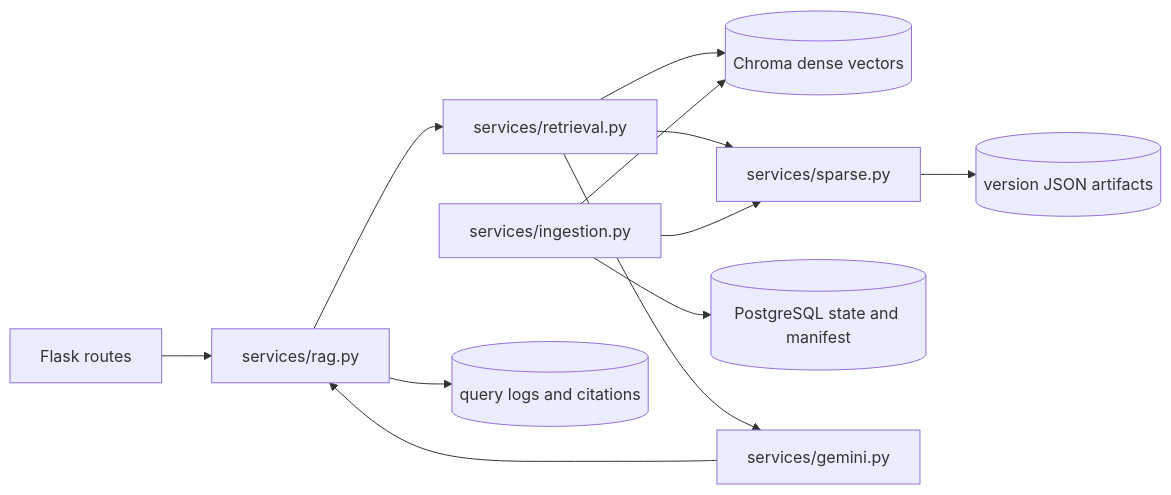
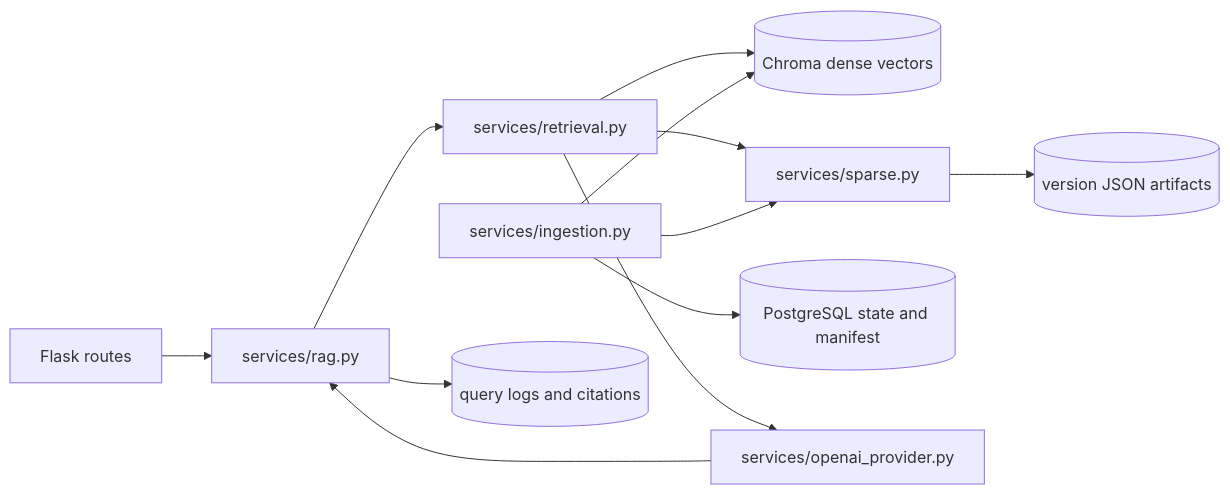
One commit to Dorjnyam/rag_chatbot_try changed the first of 15 diagrams in documentation/08-advanced-rag-implementation.md. Above: the diagram before and after it, drawn with Mermaid. The commit also changed other lines of this file and 50 other files, not shown here.

````diff
--- a/documentation/08-advanced-rag-implementation.md
+++ b/documentation/08-advanced-rag-implementation.md
@@ -5,14 +5,14 @@
 ```mermaid
 flowchart LR
   Web[Flask routes] --> RAG[services/rag.py]
   RAG --> Ret[services/retrieval.py]
   Ret --> Chroma[(Chroma dense vectors)]
   Ret --> BM25[services/sparse.py]
   BM25 --> FS[(version JSON artifacts)]
   Ingest[services/ingestion.py] --> Chroma
   Ingest --> BM25
   Ingest --> PG[(PostgreSQL state and manifest)]
-  Ret --> Gemini[services/gemini.py]
-  Gemini --> RAG
+  Ret --> OpenAI[services/openai_provider.py]
+  OpenAI --> RAG
   RAG --> Logs[(query logs and citations)]
 ```
````
